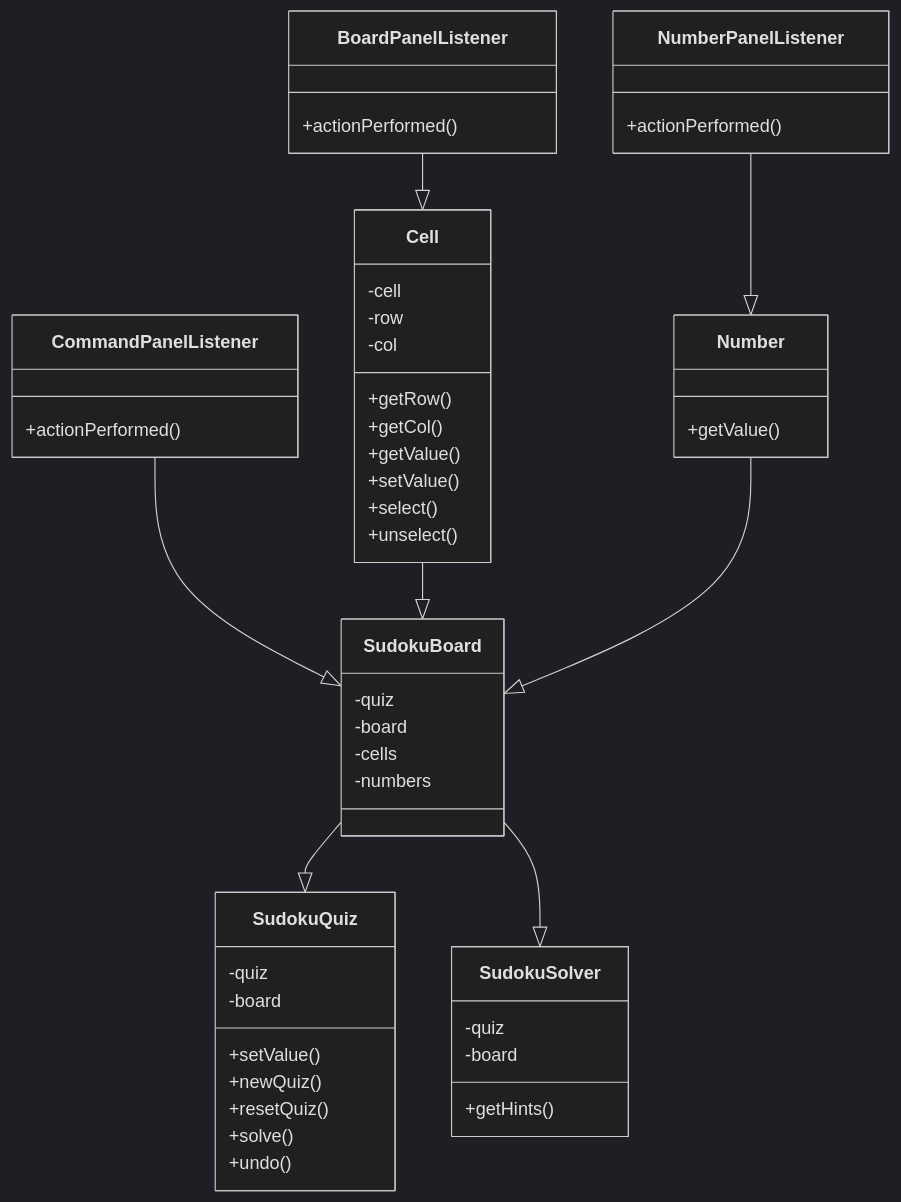
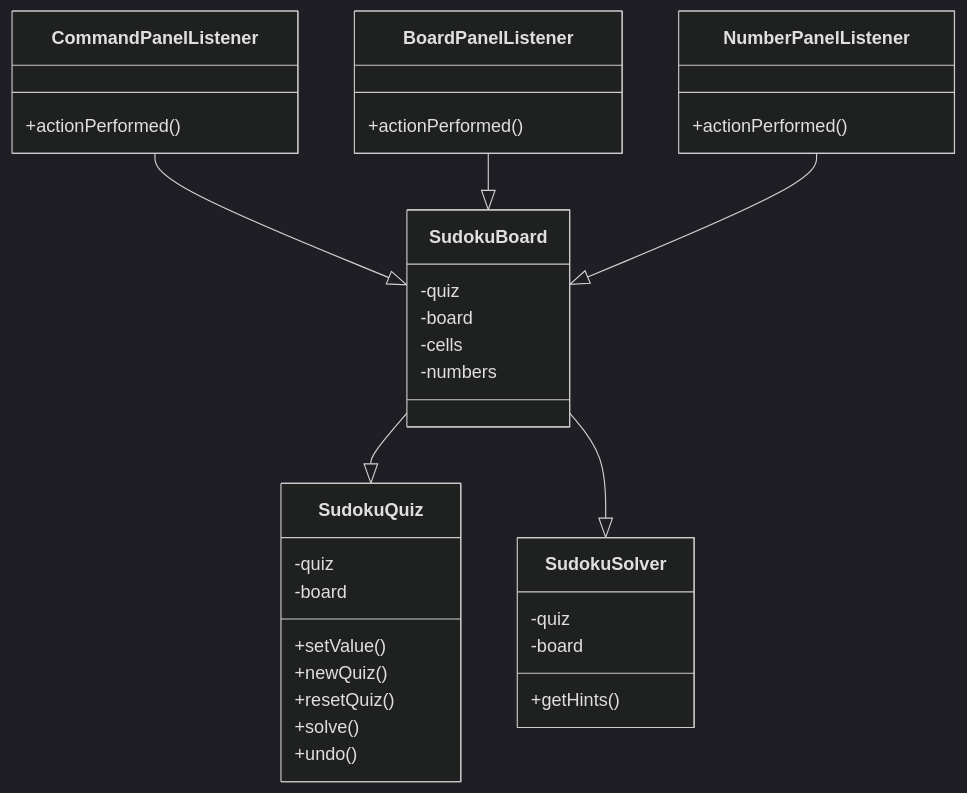
The diagram in README.md (miyaichi/Sudoku), drawn with Mermaid (dark theme) before and after one commit.

Commit message:
Add class diagram

````diff
--- a/README.md
+++ b/README.md
@@ -99,37 +99,25 @@
 ```mermaid
 classDiagram
     SudokuBoard --|> SudokuQuiz
     SudokuBoard : -quiz
     SudokuBoard : -board
     SudokuBoard : -cells
     SudokuBoard : -numbers
     SudokuQuiz : -quiz
     SudokuQuiz : -board
     SudokuQuiz : +setValue()
     SudokuQuiz : +newQuiz()
     SudokuQuiz : +resetQuiz()
     SudokuQuiz : +solve()
     SudokuQuiz : +undo()
     SudokuBoard --|> SudokuSolver
     SudokuSolver : -quiz
     SudokuSolver : -board
     SudokuSolver : +getHints()
     CommandPanelListener --|> SudokuBoard
     CommandPanelListener : +actionPerformed()
-    BoardPanelListener --|> Cell
+    BoardPanelListener --|> SudokuBoard
     BoardPanelListener : +actionPerformed()
-    Cell --|> SudokuBoard
-    Cell : -cell
-    Cell : -row
-    Cell : -col
-    Cell : +getRow()
-    Cell : +getCol()
-    Cell : +getValue()
-    Cell : +setValue()
-    Cell : +select()
-    Cell : +unselect()
-    NumberPanelListener --|> Number
+    NumberPanelListener --|> SudokuBoard
     NumberPanelListener : +actionPerformed()
-    Number --|> SudokuBoard
-    Number : +getValue()
 ```
````
